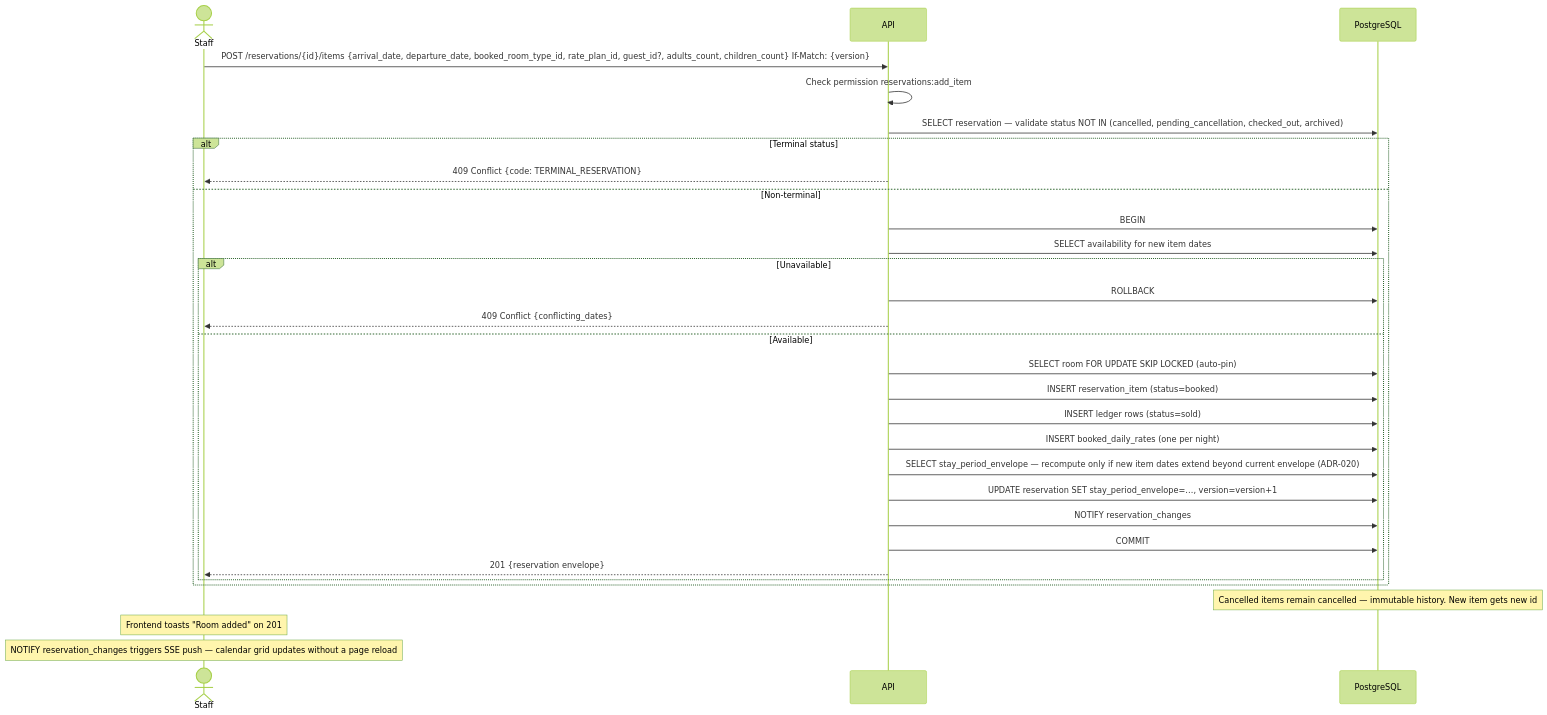
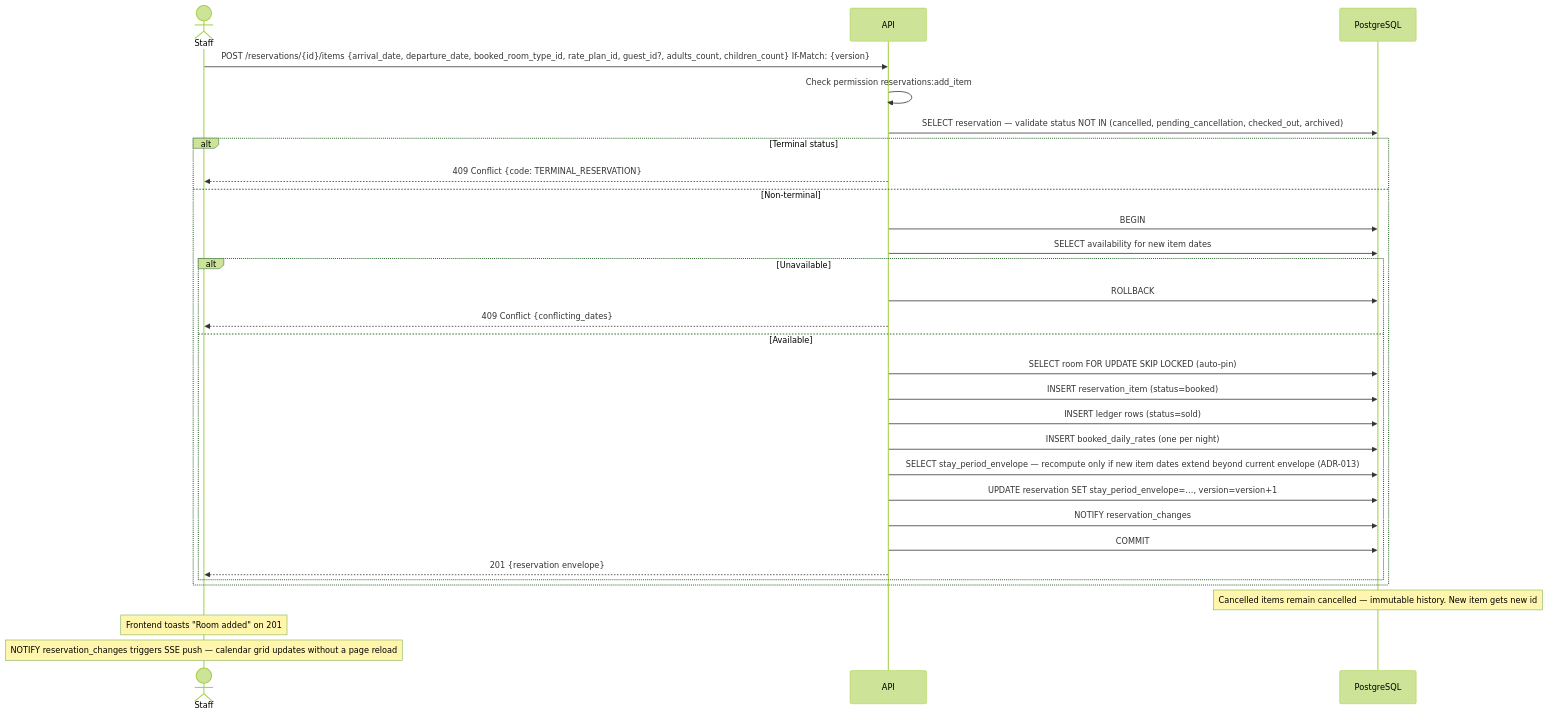
Before and after one commit to mallytj/yop-pms: diagram 13 of 33 in docs/flows/reservations.md, drawn with Mermaid (forest theme). The commit also changed other lines of this file and 66 other files, not shown here.

````diff
--- a/docs/flows/reservations.md
+++ b/docs/flows/reservations.md
@@ -663,34 +663,34 @@
 ```mermaid
 sequenceDiagram
     actor Staff
     participant API
     participant DB as PostgreSQL
 
     Staff->>API: POST /reservations/{id}/items {arrival_date, departure_date, booked_room_type_id, rate_plan_id, guest_id?, adults_count, children_count} If-Match: {version}
     API->>API: Check permission reservations:add_item
     API->>DB: SELECT reservation — validate status NOT IN (cancelled, pending_cancellation, checked_out, archived)
     alt Terminal status
         API-->>Staff: 409 Conflict {code: TERMINAL_RESERVATION}
     else Non-terminal
         API->>DB: BEGIN
         API->>DB: SELECT availability for new item dates
         alt Unavailable
             API->>DB: ROLLBACK
             API-->>Staff: 409 Conflict {conflicting_dates}
         else Available
             API->>DB: SELECT room FOR UPDATE SKIP LOCKED (auto-pin)
             API->>DB: INSERT reservation_item (status=booked)
             API->>DB: INSERT ledger rows (status=sold)
             API->>DB: INSERT booked_daily_rates (one per night)
-            API->>DB: SELECT stay_period_envelope — recompute only if new item dates extend beyond current envelope (ADR-020)
+            API->>DB: SELECT stay_period_envelope — recompute only if new item dates extend beyond current envelope (ADR-013)
             API->>DB: UPDATE reservation SET stay_period_envelope=…, version=version+1
             API->>DB: NOTIFY reservation_changes
             API->>DB: COMMIT
             API-->>Staff: 201 {reservation envelope}
         end
     end
 
     Note over DB: Cancelled items remain cancelled — immutable history. New item gets new id
     Note over Staff: Frontend toasts "Room added" on 201
     Note over Staff: NOTIFY reservation_changes triggers SSE push — calendar grid updates without a page reload
 ```
````
